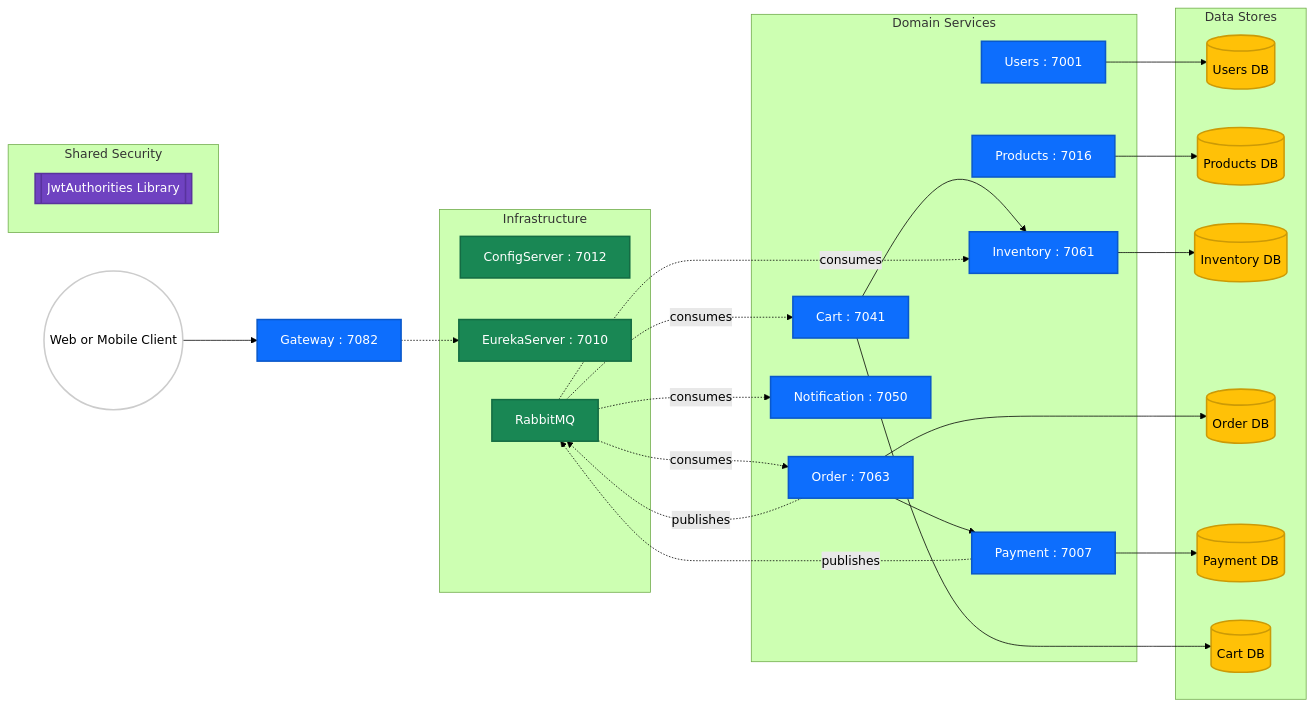
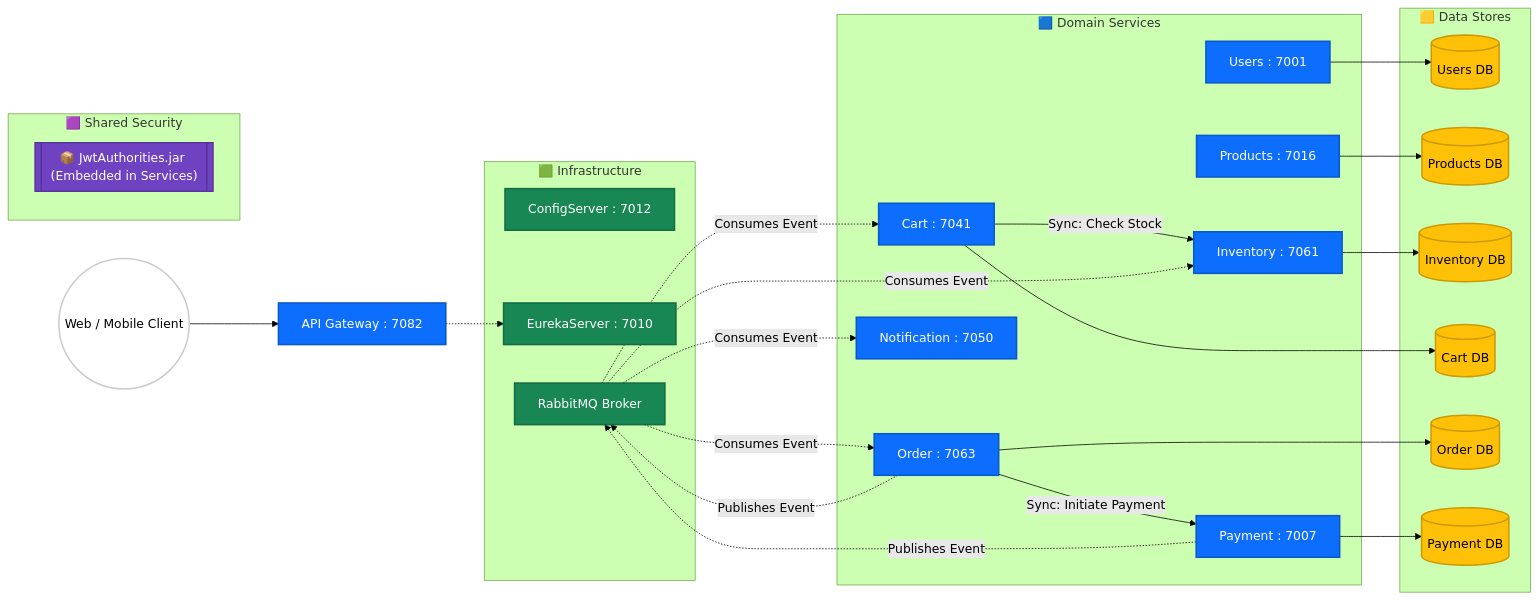
Before and after one commit to saMM7111/shopsphere-microservices: the first of 2 diagrams in README.md, drawn with Mermaid (forest theme). The commit also changed other lines of this file, not shown here.

````diff
--- a/README.md
+++ b/README.md
@@ -20,63 +22,63 @@
 ```mermaid
 graph LR
-	classDef business fill:#0d6efd,color:#fff,stroke:#0a58ca,stroke-width:2px;
-	classDef infra fill:#198754,color:#fff,stroke:#146c43,stroke-width:2px;
-	classDef data fill:#ffc107,color:#000,stroke:#cc9a06,stroke-width:2px;
-	classDef shared fill:#6f42c1,color:#fff,stroke:#59339d,stroke-width:2px;
-	classDef external fill:#ffffff,color:#000,stroke:#cccccc,stroke-width:2px;
+    classDef business fill:#0d6efd,color:#fff,stroke:#0a58ca,stroke-width:2px;
+    classDef infra fill:#198754,color:#fff,stroke:#146c43,stroke-width:2px;
+    classDef data fill:#ffc107,color:#000,stroke:#cc9a06,stroke-width:2px;
+    classDef shared fill:#6f42c1,color:#fff,stroke:#59339d,stroke-width:2px;
+    classDef external fill:#ffffff,color:#000,stroke:#cccccc,stroke-width:2px;
 
-	Client((Web or Mobile Client)) --> Gateway[Gateway : 7082]
-	class Client external
-	class Gateway business
+    Client((Web / Mobile Client)) --> Gateway[API Gateway : 7082]
+    class Client external
+    class Gateway business
 
-	subgraph Infrastructure
-		Config[ConfigServer : 7012]
-		Eureka[EurekaServer : 7010]
-		Rabbit[RabbitMQ]
-	end
-	class Config,Eureka,Rabbit infra
+    subgraph "🟩 Infrastructure"
+        Config[ConfigServer : 7012]
+        Eureka[EurekaServer : 7010]
+        Rabbit[RabbitMQ Broker]
+    end
+    class Config,Eureka,Rabbit infra
 
-	subgraph Domain Services
-		Users[Users : 7001]
-		Products[Products : 7016]
-		Inventory[Inventory : 7061]
-		Cart[Cart : 7041]
-		Order[Order : 7063]
-		Payment[Payment : 7007]
-		Notification[Notification : 7050]
-	end
-	class Users,Products,Inventory,Cart,Order,Payment,Notification business
+    subgraph "🟦 Domain Services"
+        Users[Users : 7001]
+        Products[Products : 7016]
+        Inventory[Inventory : 7061]
+        Cart[Cart : 7041]
+        Order[Order : 7063]
+        Payment[Payment : 7007]
+        Notification[Notification : 7050]
+    end
+    class Users,Products,Inventory,Cart,Order,Payment,Notification business
 
-	subgraph Data Stores
-		UsersDB[(Users DB)]
-		ProductsDB[(Products DB)]
-		InventoryDB[(Inventory DB)]
-		OrderDB[(Order DB)]
-		PaymentDB[(Payment DB)]
-		CartDB[(Cart DB)]
-	end
-	class UsersDB,ProductsDB,InventoryDB,OrderDB,PaymentDB,CartDB data
+    subgraph "🟨 Data Stores"
+        UsersDB[(Users DB)]
+        ProductsDB[(Products DB)]
+        InventoryDB[(Inventory DB)]
+        CartDB[(Cart DB)]
+        OrderDB[(Order DB)]
+        PaymentDB[(Payment DB)]
+    end
+    class UsersDB,ProductsDB,InventoryDB,CartDB,OrderDB,PaymentDB data
 
-	subgraph Shared Security
-		JWT[[JwtAuthorities Library]]
-	end
-	class JWT shared
+    subgraph "🟪 Shared Security"
+        JWT[[" 📦 JwtAuthorities.jar (Embedded in Services)"]]
+    end
+    class JWT shared
 
-	Gateway -.-> Eureka
-	Order --> Payment
-	Cart --> Inventory
+    %% Sync calls
+    Gateway -.-> Eureka
+    Cart -->|Sync: Check Stock| Inventory
+    Order -->|Sync: Initiate Payment| Payment
 
-	Order -. publishes .-> Rabbit
-	Payment -. publishes .-> Rabbit
-	Rabbit -. consumes .-> Notification
-	Rabbit -. consumes .-> Order
-	Rabbit -. consumes .-> Inventory
-	Rabbit -. consumes .-> Cart
+    %% Async event flows
+    Order -.->|Publishes Event| Rabbit
+    Payment -.->|Publishes Event| Rabbit
+    Rabbit -.->|Consumes Event| Order & Inventory & Cart & Notification
 
-	Users --> UsersDB
-	Products --> ProductsDB
-	Inventory --> InventoryDB
-	Cart --> CartDB
-	Order --> OrderDB
-	Payment --> PaymentDB
+    %% DB connections
+    Users --> UsersDB
+    Products --> ProductsDB
+    Inventory --> InventoryDB
+    Cart --> CartDB
+    Order --> OrderDB
+    Payment --> PaymentDB
 ```
````
